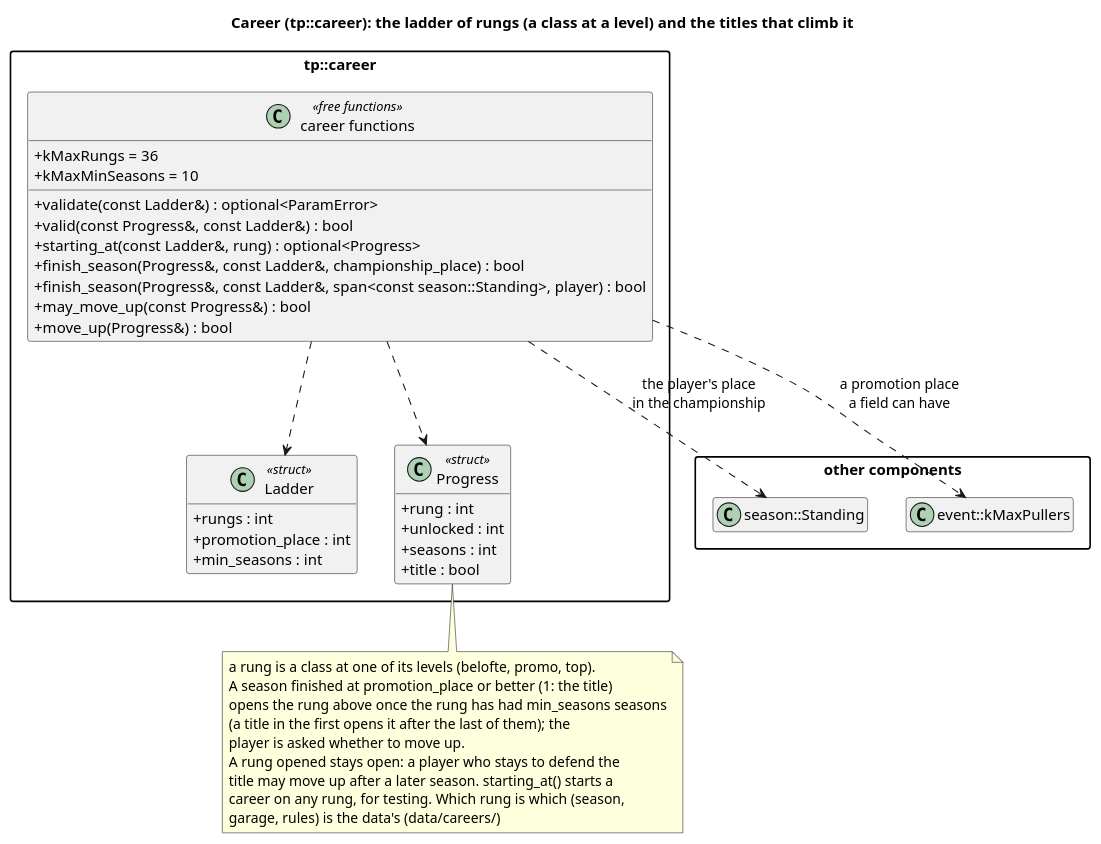
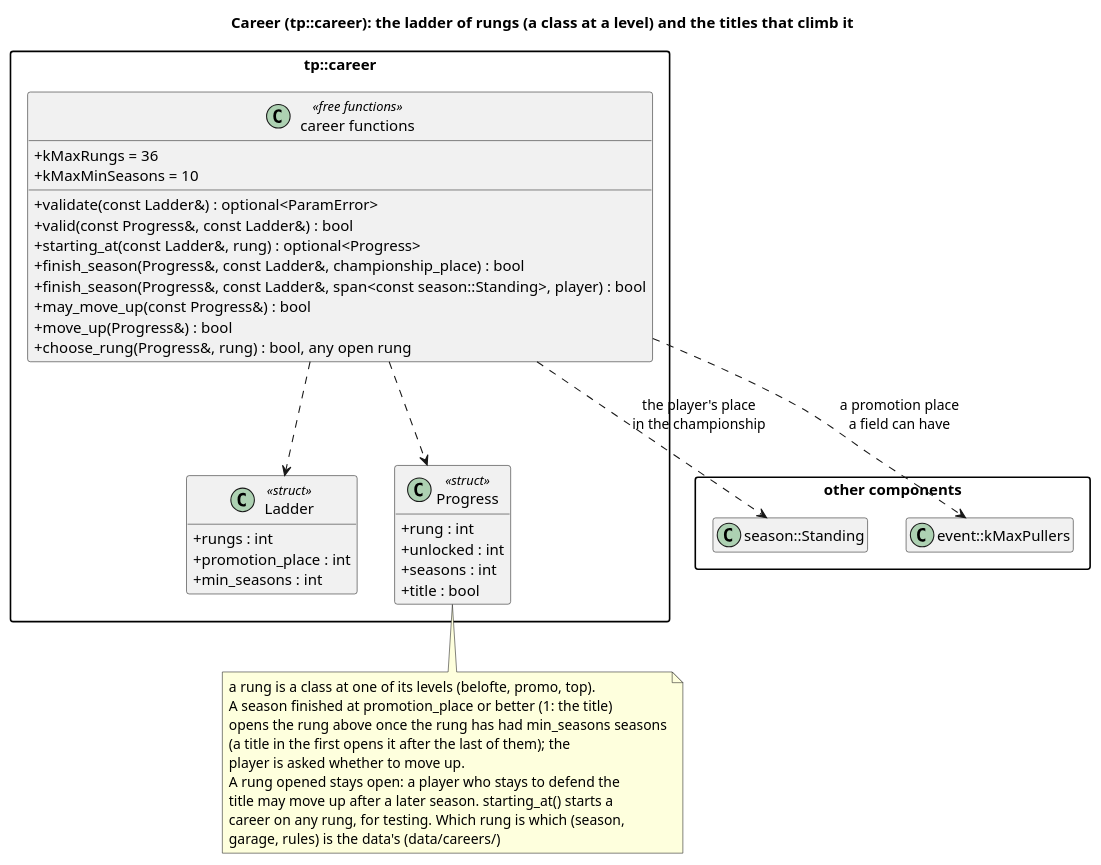
Before and after one commit to wversteeg/TractorPulling: the diagram in docs/diagrams/career_classes.puml, drawn with PlantUML. The commit also changed 20 other files, not shown here.

```diff
--- a/docs/diagrams/career_classes.puml
+++ b/docs/diagrams/career_classes.puml
@@ -1,51 +1,52 @@
 @startuml career_classes
 title Career (tp::career): the ladder of rungs (a class at a level) and the titles that climb it
 hide empty members
 skinparam packageStyle rectangle
 skinparam classAttributeIconSize 0
 
 package "other components" {
   class "season::Standing" as SeasonStanding
   class "event::kMaxPullers" as MaxPullers
 }
 
 package "tp::career" {
   class Ladder <<struct>> {
     +rungs : int
     +promotion_place : int
     +min_seasons : int
   }
   class Progress <<struct>> {
     +rung : int
     +unlocked : int
     +seasons : int
     +title : bool
   }
   class "career functions" as CareerFns <<free functions>> {
     +kMaxRungs = 36
     +kMaxMinSeasons = 10
     +validate(const Ladder&) : optional<ParamError>
     +valid(const Progress&, const Ladder&) : bool
     +starting_at(const Ladder&, rung) : optional<Progress>
     +finish_season(Progress&, const Ladder&, championship_place) : bool
     +finish_season(Progress&, const Ladder&, span<const season::Standing>, player) : bool
     +may_move_up(const Progress&) : bool
     +move_up(Progress&) : bool
+    +choose_rung(Progress&, rung) : bool, any open rung
   }
   CareerFns ..> Ladder
   CareerFns ..> Progress
 }
 CareerFns ..> SeasonStanding : the player's place\nin the championship
 CareerFns ..> MaxPullers : a promotion place\na field can have
 note bottom of Progress
   a rung is a class at one of its levels (belofte, promo, top).
   A season finished at promotion_place or better (1: the title)
   opens the rung above once the rung has had min_seasons seasons
   (a title in the first opens it after the last of them); the
   player is asked whether to move up.
   A rung opened stays open: a player who stays to defend the
   title may move up after a later season. starting_at() starts a
   career on any rung, for testing. Which rung is which (season,
   garage, rules) is the data's (data/careers/)
 end note
 @enduml
```
